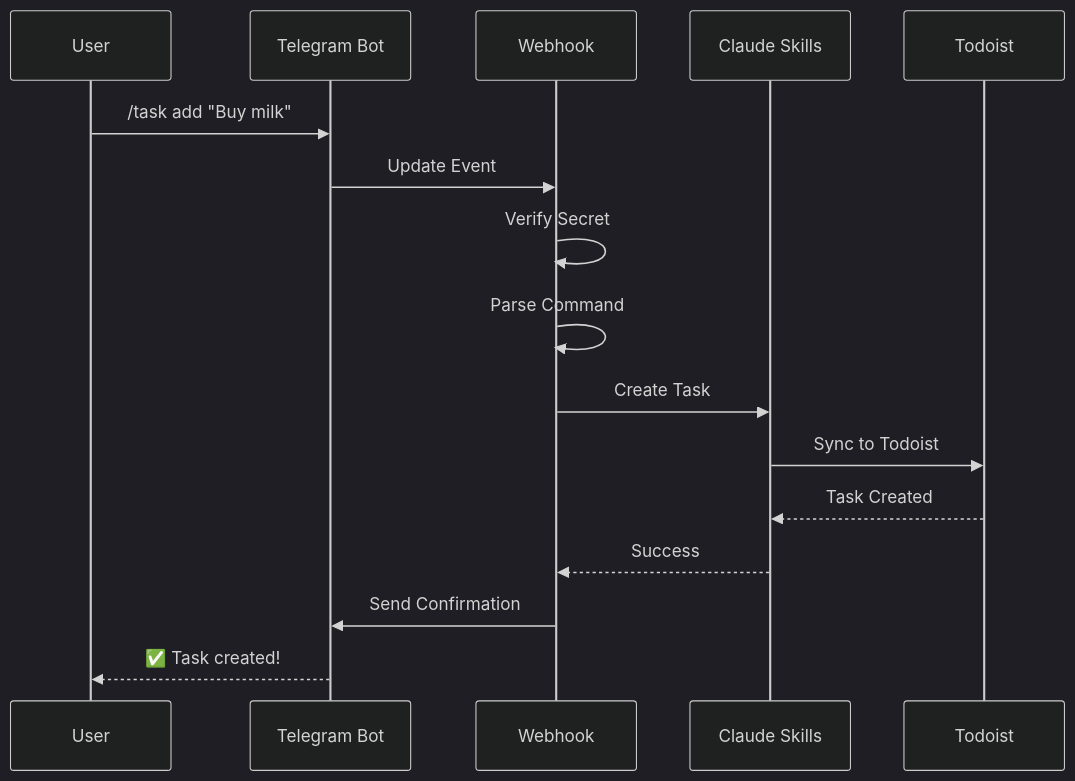
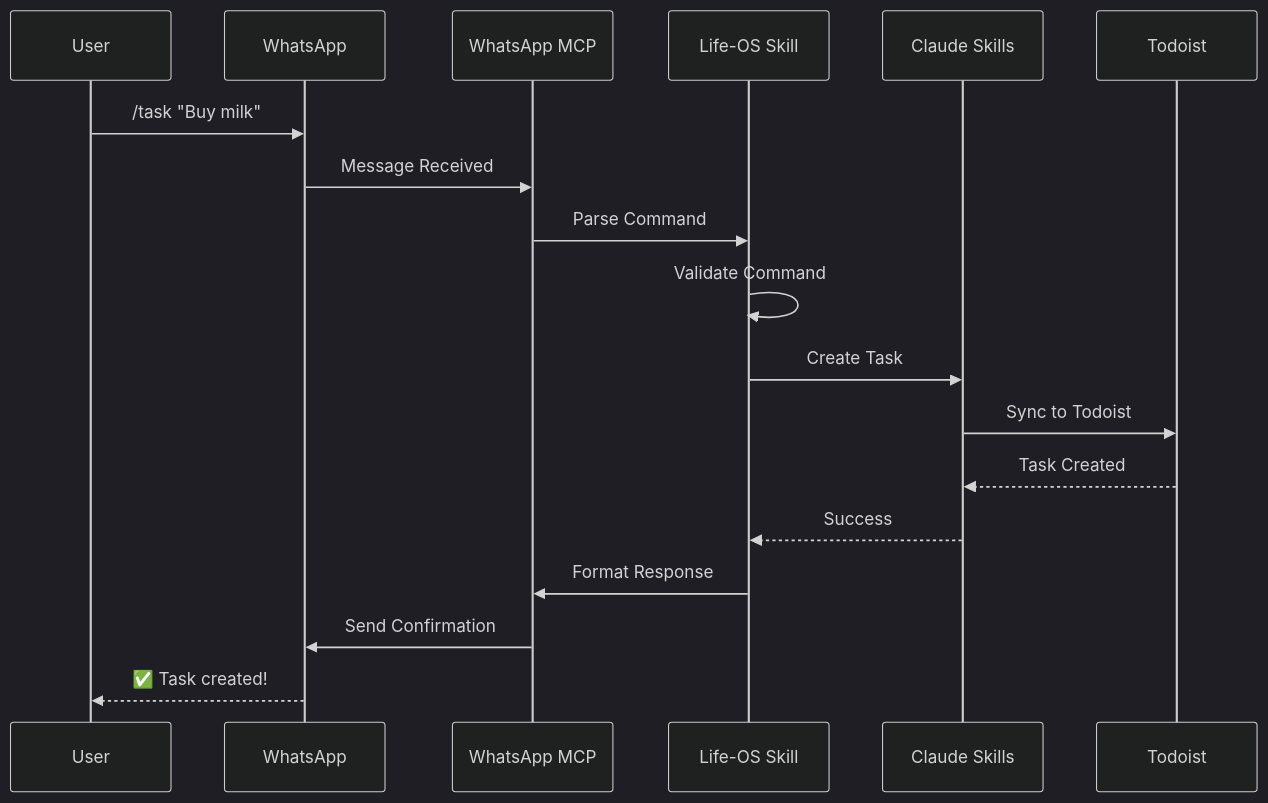
Diagram 12 of 25 in docs/integrations/data-flow-diagrams.md (natea/ExoMind), drawn with Mermaid (dark theme) before and after one commit. The commit also changed other lines of this file and 172 other files, not shown here.

````diff
--- a/docs/integrations/data-flow-diagrams.md
+++ b/docs/integrations/data-flow-diagrams.md
@@ -303,19 +299,21 @@
 ```mermaid
 sequenceDiagram
     participant U as User
-    participant T as Telegram Bot
-    participant WH as Webhook
+    participant WA as WhatsApp
+    participant MCP as WhatsApp MCP
+    participant SK as Life-OS Skill
     participant CS as Claude Skills
     participant TD as Todoist
 
-    U->>T: /task add "Buy milk"
-    T->>WH: Update Event
-    WH->>WH: Verify Secret
-    WH->>WH: Parse Command
-    WH->>CS: Create Task
+    U->>WA: /task "Buy milk"
+    WA->>MCP: Message Received
+    MCP->>SK: Parse Command
+    SK->>SK: Validate Command
+    SK->>CS: Create Task
     CS->>TD: Sync to Todoist
     TD-->>CS: Task Created
-    CS-->>WH: Success
-    WH->>T: Send Confirmation
-    T-->>U: ✅ Task created!
+    CS-->>SK: Success
+    SK->>MCP: Format Response
+    MCP->>WA: Send Confirmation
+    WA-->>U: ✅ Task created!
 ```
````
